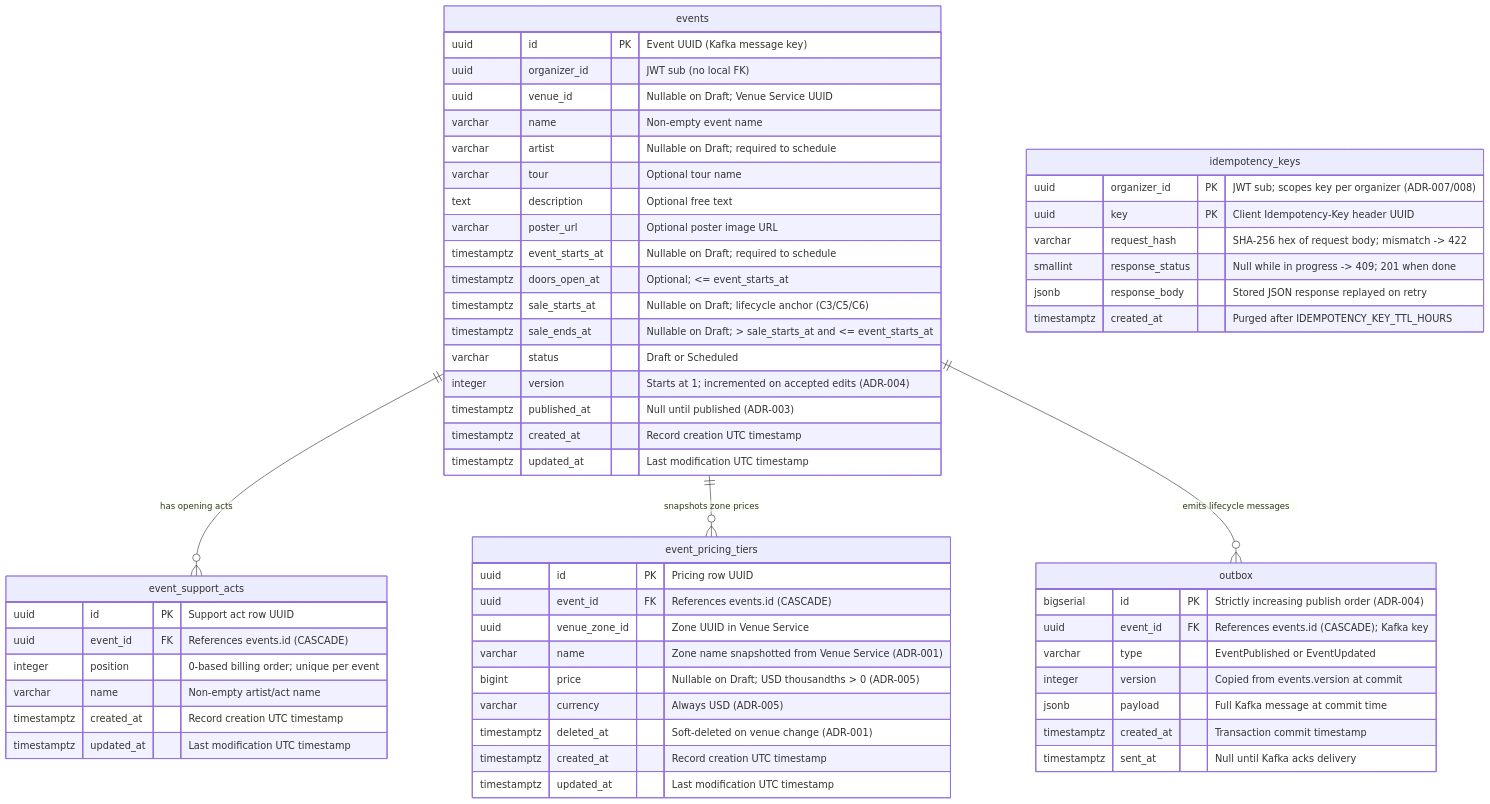
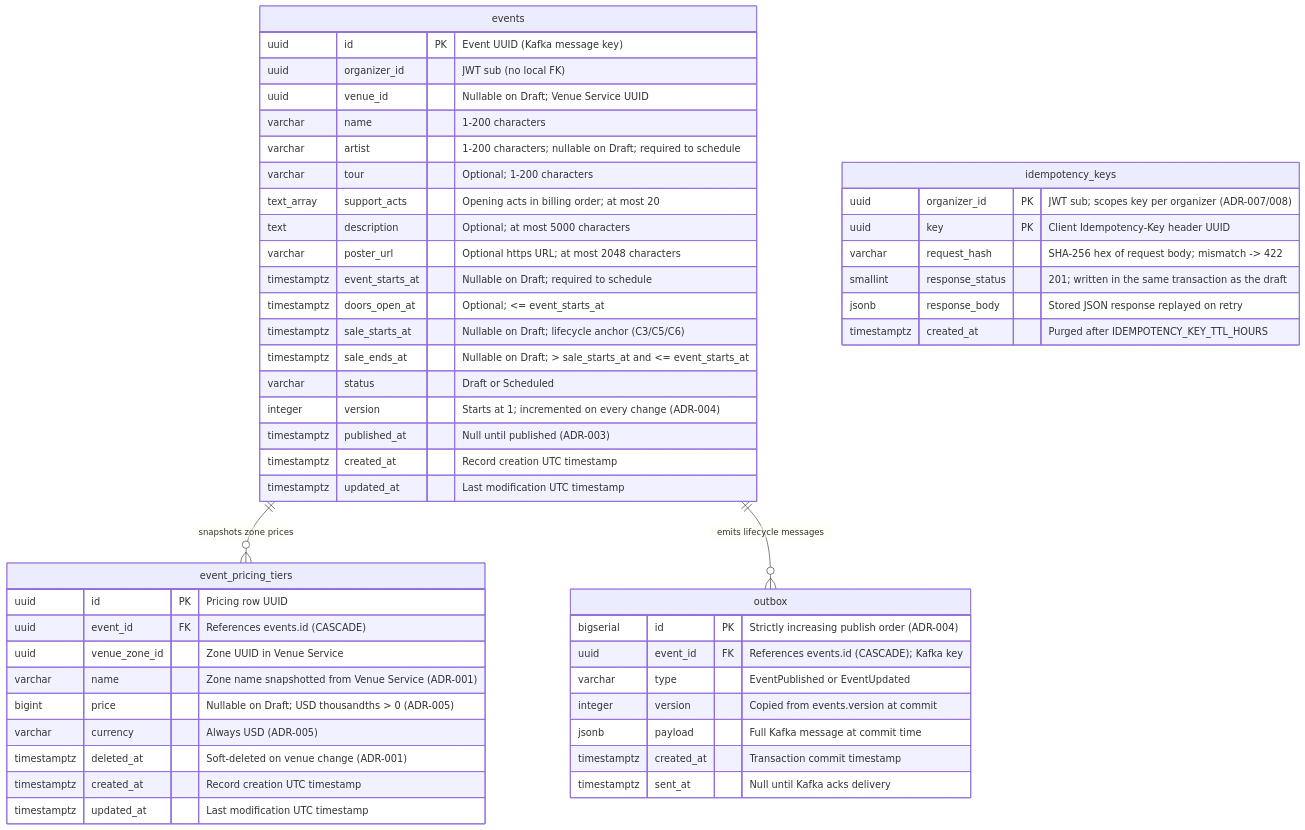
One commit to hjanssena/dsaster-event-management changed the diagram in docs/architecture/data-model.md. Above: the diagram before and after it, drawn with Mermaid. The commit also changed other lines of this file and 9 other files, not shown here.

````diff
--- a/docs/architecture/data-model.md
+++ b/docs/architecture/data-model.md
@@ -21,66 +21,57 @@
 ```mermaid
 erDiagram
-    events ||--o{ event_support_acts : "has opening acts"
     events ||--o{ event_pricing_tiers : "snapshots zone prices"
     events ||--o{ outbox : "emits lifecycle messages"
 
     events {
         uuid id PK "Event UUID (Kafka message key)"
         uuid organizer_id "JWT sub (no local FK)"
         uuid venue_id "Nullable on Draft; Venue Service UUID"
-        varchar name "Non-empty event name"
-        varchar artist "Nullable on Draft; required to schedule"
-        varchar tour "Optional tour name"
-        text description "Optional free text"
-        varchar poster_url "Optional poster image URL"
+        varchar name "1-200 characters"
+        varchar artist "1-200 characters; nullable on Draft; required to schedule"
+        varchar tour "Optional; 1-200 characters"
+        text_array support_acts "Opening acts in billing order; at most 20"
+        text description "Optional; at most 5000 characters"
+        varchar poster_url "Optional https URL; at most 2048 characters"
         timestamptz event_starts_at "Nullable on Draft; required to schedule"
         timestamptz doors_open_at "Optional; <= event_starts_at"
         timestamptz sale_starts_at "Nullable on Draft; lifecycle anchor (C3/C5/C6)"
         timestamptz sale_ends_at "Nullable on Draft; > sale_starts_at and <= event_starts_at"
         varchar status "Draft or Scheduled"
-        integer version "Starts at 1; incremented on accepted edits (ADR-004)"
+        integer version "Starts at 1; incremented on every change (ADR-004)"
         timestamptz published_at "Null until published (ADR-003)"
-        timestamptz created_at "Record creation UTC timestamp"
-        timestamptz updated_at "Last modification UTC timestamp"
-    }
-
-    event_support_acts {
-        uuid id PK "Support act row UUID"
-        uuid event_id FK "References events.id (CASCADE)"
-        integer position "0-based billing order; unique per event"
-        varchar name "Non-empty artist/act name"
         timestamptz created_at "Record creation UTC timestamp"
         timestamptz updated_at "Last modification UTC timestamp"
     }
 
     event_pricing_tiers {
         uuid id PK "Pricing row UUID"
         uuid event_id FK "References events.id (CASCADE)"
         uuid venue_zone_id "Zone UUID in Venue Service"
         varchar name "Zone name snapshotted from Venue Service (ADR-001)"
         bigint price "Nullable on Draft; USD thousandths > 0 (ADR-005)"
         varchar currency "Always USD (ADR-005)"
         timestamptz deleted_at "Soft-deleted on venue change (ADR-001)"
         timestamptz created_at "Record creation UTC timestamp"
         timestamptz updated_at "Last modification UTC timestamp"
     }
 
     outbox {
         bigserial id PK "Strictly increasing publish order (ADR-004)"
         uuid event_id FK "References events.id (CASCADE); Kafka key"
         varchar type "EventPublished or EventUpdated"
         integer version "Copied from events.version at commit"
         jsonb payload "Full Kafka message at commit time"
         timestamptz created_at "Transaction commit timestamp"
         timestamptz sent_at "Null until Kafka acks delivery"
     }
 
     idempotency_keys {
         uuid organizer_id PK "JWT sub; scopes key per organizer (ADR-007/008)"
         uuid key PK "Client Idempotency-Key header UUID"
         varchar request_hash "SHA-256 hex of request body; mismatch -> 422"
-        smallint response_status "Null while in progress -> 409; 201 when done"
+        smallint response_status "201; written in the same transaction as the draft"
         jsonb response_body "Stored JSON response replayed on retry"
         timestamptz created_at "Purged after IDEMPOTENCY_KEY_TTL_HOURS"
     }
 ```
````
